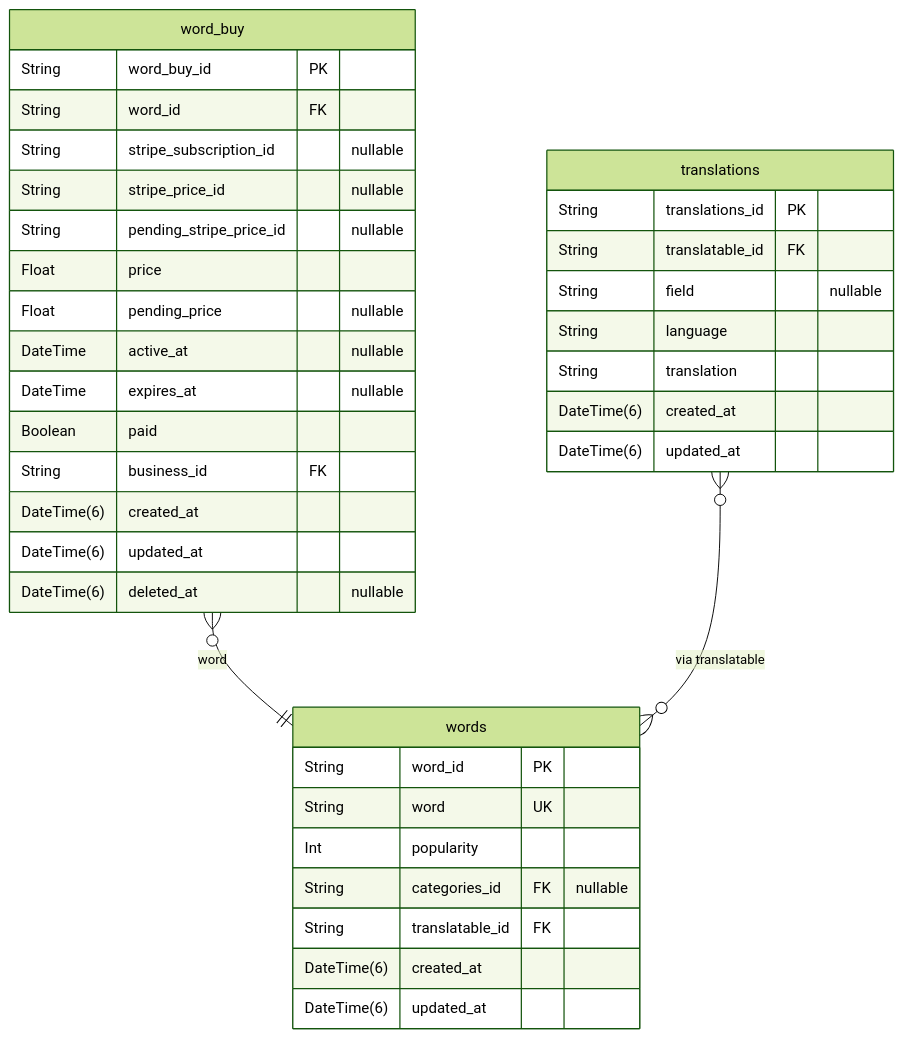
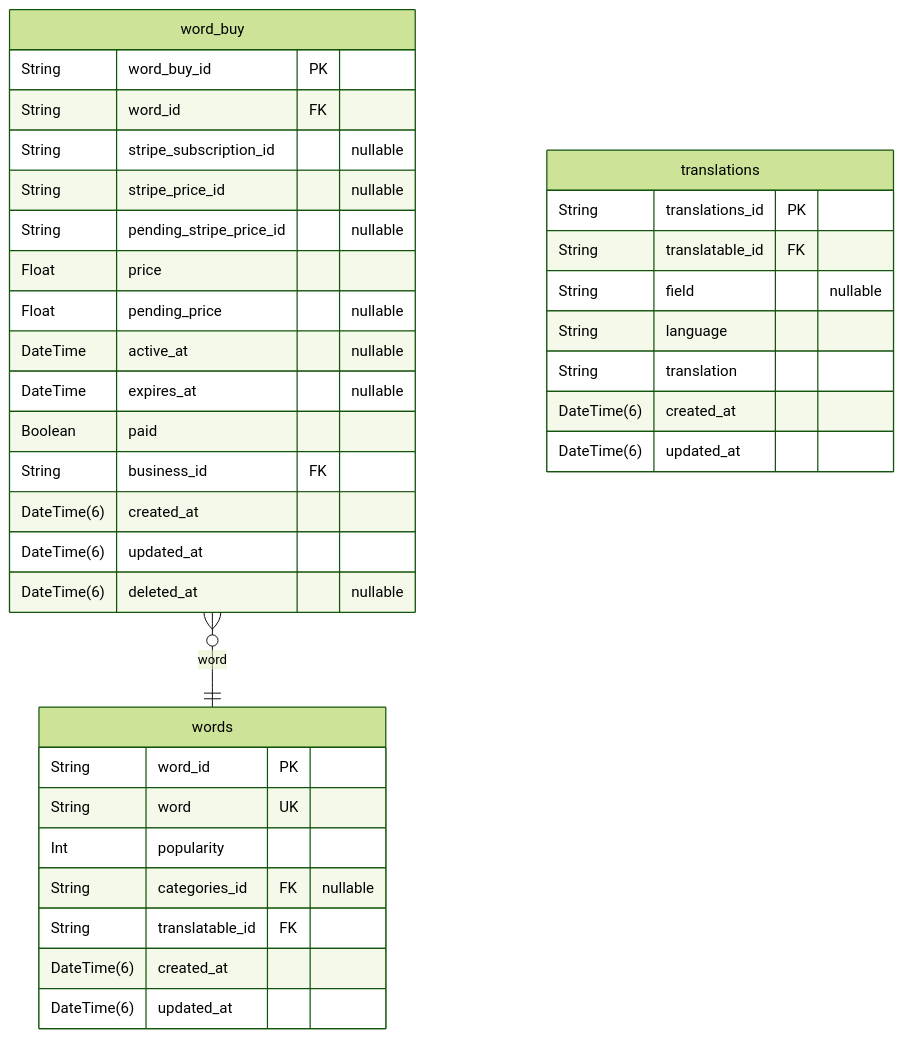
Diagram 15 of 40 in prisma/schemas/ERD.md (pbozic/be-analyisis), drawn with Mermaid (forest theme) before and after one commit. The commit also changed other lines of this file and 18 other files, not shown here.

````diff
--- a/prisma/schemas/ERD.md
+++ b/prisma/schemas/ERD.md
@@ -2574,39 +2565,38 @@
 ```mermaid
 erDiagram
 "words" {
   String word_id PK
   String word UK
   Int popularity
   String categories_id FK "nullable"
   String translatable_id FK
   DateTime(6) created_at
   DateTime(6) updated_at
 }
 "word_buy" {
   String word_buy_id PK
   String word_id FK
   String stripe_subscription_id "nullable"
   String stripe_price_id "nullable"
   String pending_stripe_price_id "nullable"
   Float price
   Float pending_price "nullable"
   DateTime active_at "nullable"
   DateTime expires_at "nullable"
   Boolean paid
   String business_id FK
   DateTime(6) created_at
   DateTime(6) updated_at
   DateTime(6) deleted_at "nullable"
 }
 "translations" {
   String translations_id PK
   String translatable_id FK
   String field "nullable"
   String language
   String translation
   DateTime(6) created_at
   DateTime(6) updated_at
 }
 "word_buy" }o--|| "words" : word
-"translations" }o--o{ "words" : "via translatable"
 ```
````
